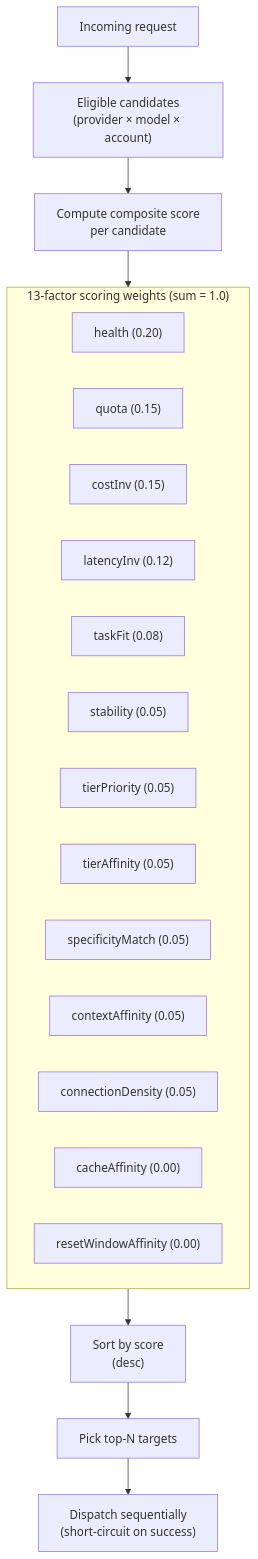
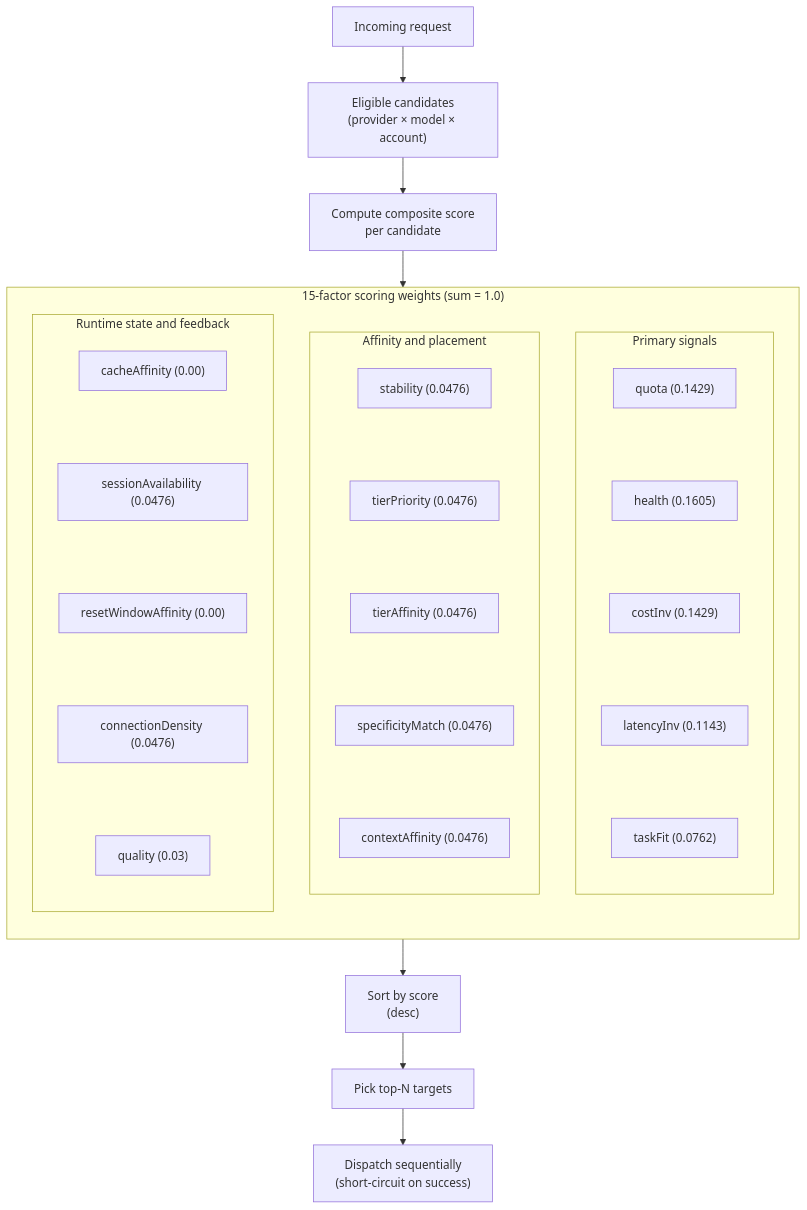
One commit to Aseel1600/Claude changed the diagram in docs/diagrams/auto-combo-12factor.mmd. Above: the diagram before and after it, drawn with Mermaid. The commit also changed 515 other files, not shown here.

```diff
--- a/docs/diagrams/auto-combo-12factor.mmd
+++ b/docs/diagrams/auto-combo-12factor.mmd
@@ -1,27 +1,27 @@
-%% Auto-Combo 13-factor scoring
+%% Auto-Combo 15-factor scoring
 %% Reflects: open-sse/services/autoCombo/scoring.ts (DEFAULT_WEIGHTS, sum = 1.0)
-%% v3.8.49
+%% v3.8.50
 flowchart TB
   Request["Incoming request"] --> Candidates["Eligible candidates<br/>(provider × model × account)"]
   Candidates --> Score["Compute composite score<br/>per candidate"]
 
-  subgraph Factors["13-factor scoring weights (sum = 1.0)"]
-    f1["health (0.20)"]
-    f2["quota (0.15)"]
-    f3["costInv (0.15)"]
-    f4["latencyInv (0.12)"]
-    f5["taskFit (0.08)"]
-    f6["stability (0.05)"]
-    f7["tierPriority (0.05)"]
-    f8["tierAffinity (0.05)"]
-    f9["specificityMatch (0.05)"]
-    f10["contextAffinity (0.05)"]
-    f11["connectionDensity (0.05)"]
-    f12["cacheAffinity (0.00)"]
-    f13["resetWindowAffinity (0.00)"]
+  subgraph Factors["15-factor scoring weights (sum = 1.0)"]
+    direction TB
+    subgraph Primary["Primary signals"]
+      direction TB
+      f1["quota (0.1429)"] ~~~ f2["health (0.1605)"] ~~~ f3["costInv (0.1429)"] ~~~ f4["latencyInv (0.1143)"] ~~~ f5["taskFit (0.0762)"]
+    end
+    subgraph Affinity["Affinity and placement"]
+      direction TB
+      f6["stability (0.0476)"] ~~~ f7["tierPriority (0.0476)"] ~~~ f8["tierAffinity (0.0476)"] ~~~ f9["specificityMatch (0.0476)"] ~~~ f10["contextAffinity (0.0476)"]
+    end
+    subgraph Runtime["Runtime state and feedback"]
+      direction TB
+      f11["cacheAffinity (0.00)"] ~~~ f12["sessionAvailability (0.0476)"] ~~~ f13["resetWindowAffinity (0.00)"] ~~~ f14["connectionDensity (0.0476)"] ~~~ f15["quality (0.03)"]
+    end
   end
 
   Score --> Factors
   Factors --> Final["Sort by score<br/>(desc)"]
   Final --> Top["Pick top-N targets"]
   Top --> Dispatch["Dispatch sequentially<br/>(short-circuit on success)"]
```
